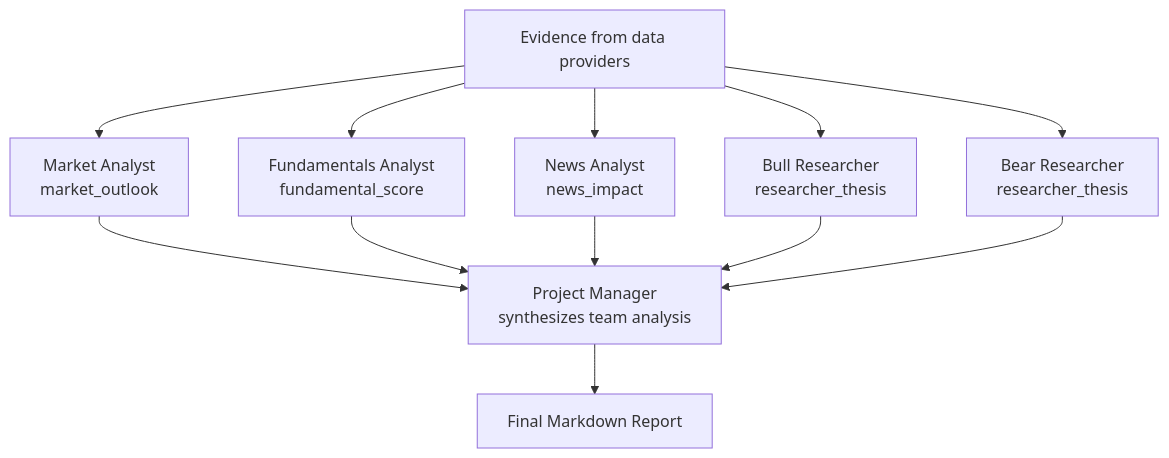
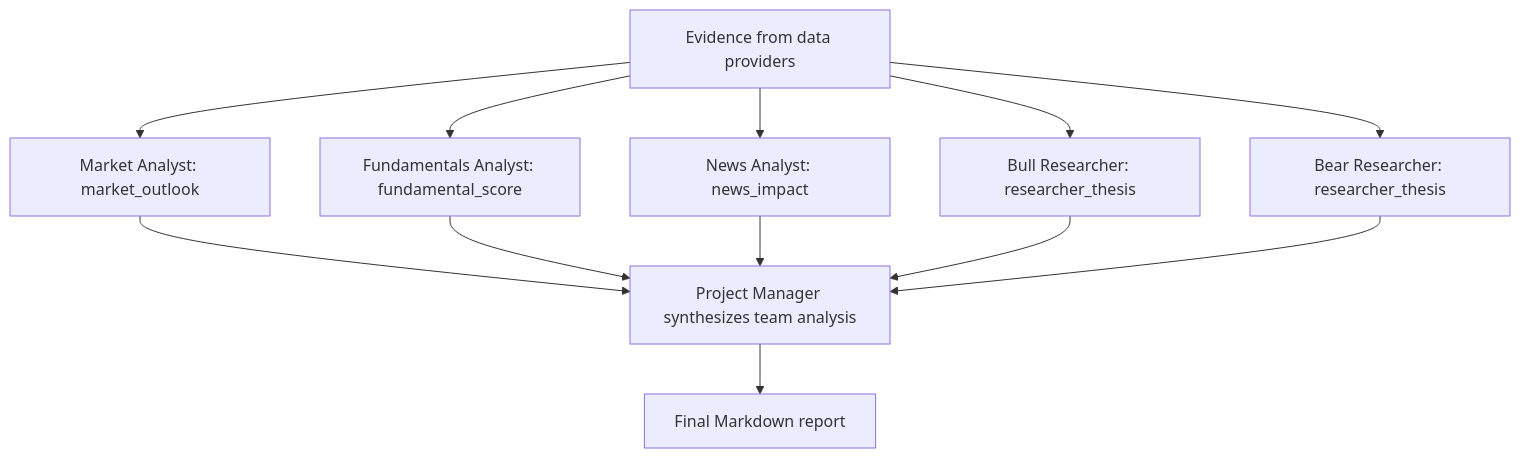
The second of 2 diagrams in README.md (hotwind2015/tradingagents_next), drawn with Mermaid before and after one commit. The commit also changed other lines of this file and 1 other file, not shown here.

Commit message:
Modify document flowchart rendering

````diff
--- a/README.md
+++ b/README.md
@@ -72,15 +38,15 @@
 ```mermaid
 flowchart TD
-    Evidence["Evidence from data providers"] --> Market["Market Analyst<br/>market_outlook"]
-    Evidence --> Fundamentals["Fundamentals Analyst<br/>fundamental_score"]
-    Evidence --> News["News Analyst<br/>news_impact"]
-    Evidence --> Bull["Bull Researcher<br/>researcher_thesis"]
-    Evidence --> Bear["Bear Researcher<br/>researcher_thesis"]
+    Evidence["Evidence from data providers"] --> Market["Market Analyst: market_outlook"]
+    Evidence --> Fundamentals["Fundamentals Analyst: fundamental_score"]
+    Evidence --> News["News Analyst: news_impact"]
+    Evidence --> Bull["Bull Researcher: researcher_thesis"]
+    Evidence --> Bear["Bear Researcher: researcher_thesis"]
 
-    Market --> Manager["Project Manager<br/>synthesizes team analysis"]
+    Market --> Manager["Project Manager synthesizes team analysis"]
     Fundamentals --> Manager
     News --> Manager
     Bull --> Manager
     Bear --> Manager
-    Manager --> Final["Final Markdown Report"]
+    Manager --> Final["Final Markdown report"]
 ```
````
